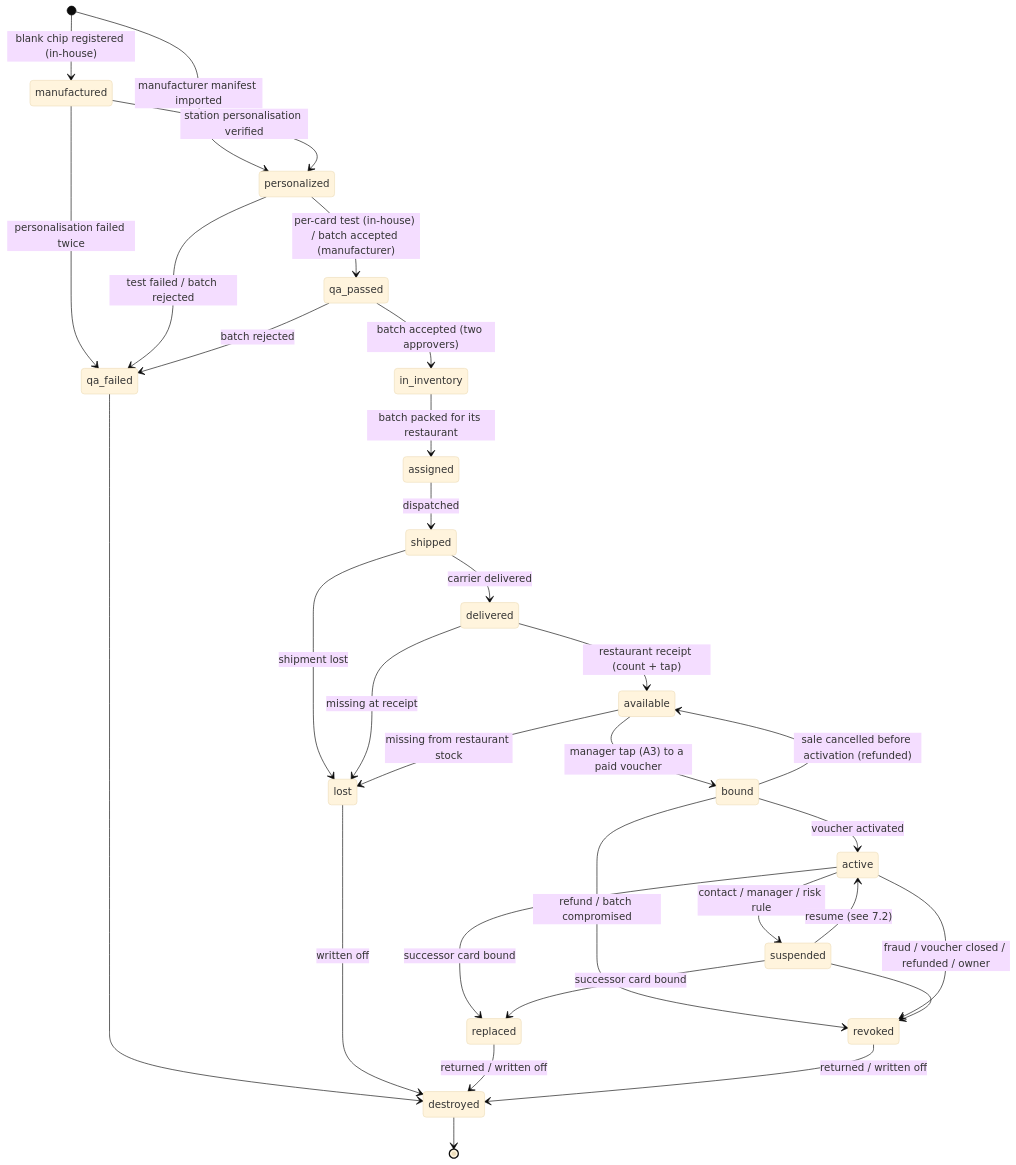
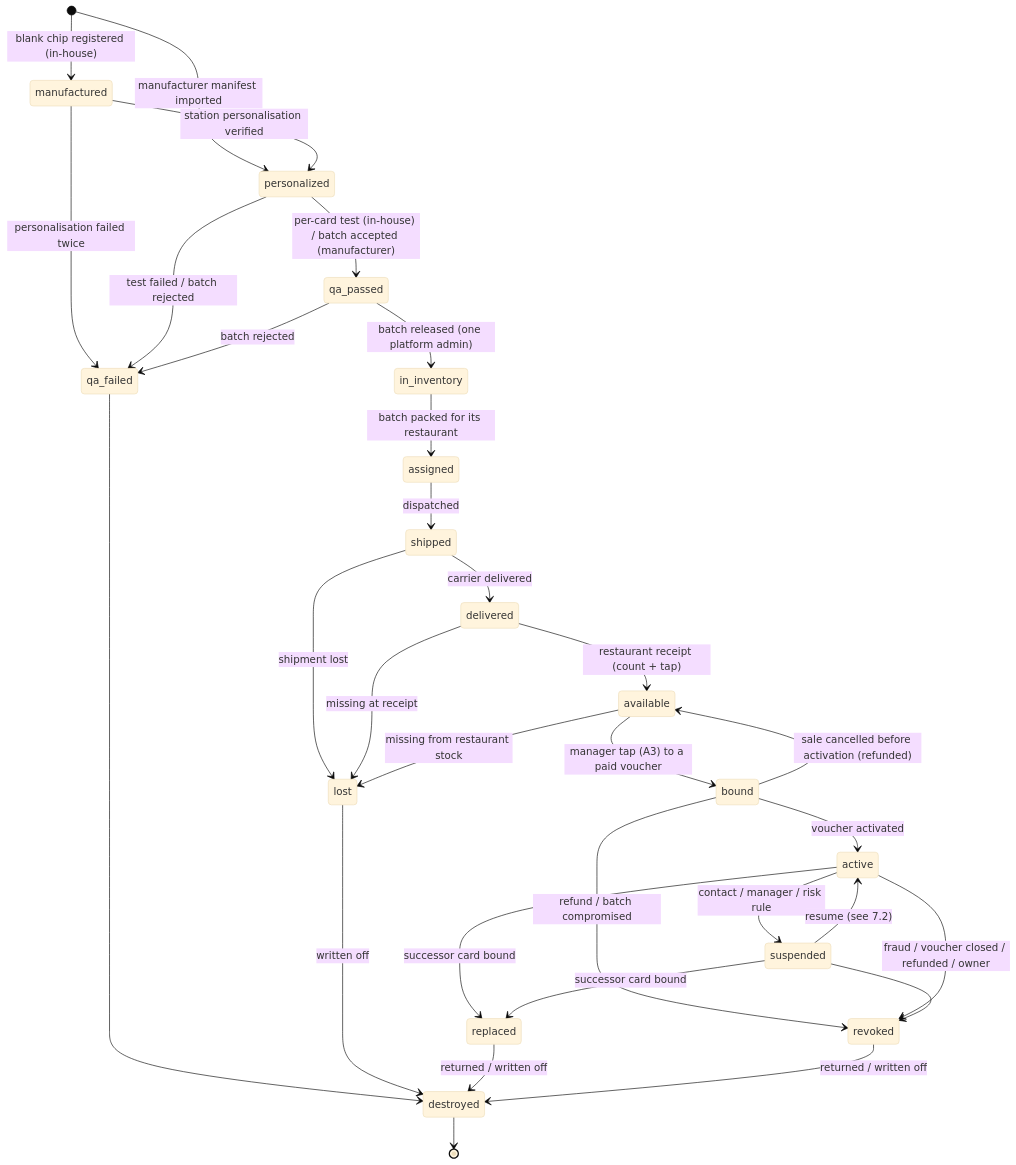
Before and after one commit to morganndesign/nfc-gutscheine: the third of 7 diagrams in docs/architecture/giftcard-pro-v2-architecture.md, drawn with Mermaid (base theme). The commit also changed other lines of this file and 39 other files, not shown here.

````diff
--- a/docs/architecture/giftcard-pro-v2-architecture.md
+++ b/docs/architecture/giftcard-pro-v2-architecture.md
@@ -391,34 +391,34 @@
 ```mermaid
 stateDiagram-v2
     direction TB
     [*] --> manufactured: blank chip registered (in-house)
     [*] --> personalized: manufacturer manifest imported
     manufactured --> personalized: station personalisation verified
     manufactured --> qa_failed: personalisation failed twice
     personalized --> qa_passed: per-card test (in-house) / batch accepted (manufacturer)
     personalized --> qa_failed: test failed / batch rejected
-    qa_passed --> in_inventory: batch accepted (two approvers)
+    qa_passed --> in_inventory: batch released (one platform admin)
     in_inventory --> assigned: batch packed for its restaurant
     assigned --> shipped: dispatched
     shipped --> delivered: carrier delivered
     shipped --> lost: shipment lost
     delivered --> available: restaurant receipt (count + tap)
     delivered --> lost: missing at receipt
     available --> bound: manager tap (A3) to a paid voucher
     available --> lost: missing from restaurant stock
     bound --> revoked: refund / batch compromised
     qa_passed --> qa_failed: batch rejected
     bound --> active: voucher activated
     bound --> available: sale cancelled before activation (refunded)
     active --> suspended: contact / manager / risk rule
     suspended --> active: resume (see 7.2)
     active --> replaced: successor card bound
     suspended --> replaced: successor card bound
     active --> revoked: fraud / voucher closed / refunded / owner
     suspended --> revoked
     qa_failed --> destroyed
     lost --> destroyed: written off
     replaced --> destroyed: returned / written off
     revoked --> destroyed: returned / written off
     destroyed --> [*]
 ```
````
